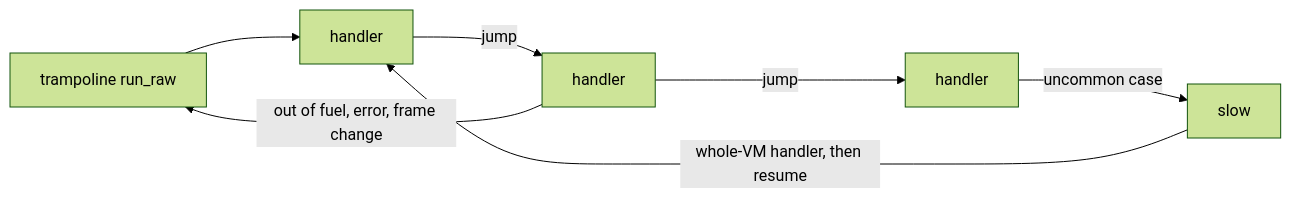
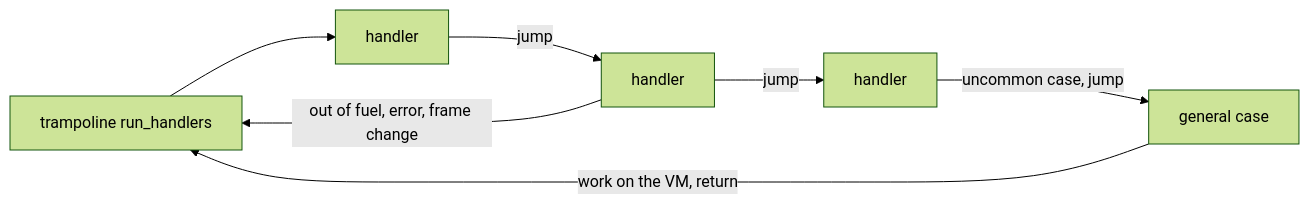
The diagram in docs/adr/0015-interpreter-handlers.md (orbitscript-lang/OrbitScript), drawn with Mermaid (forest theme) before and after one commit. The commit also changed other lines of this file and 26 other files, not shown here.

````diff
--- a/docs/adr/0015-interpreter-handlers.md
+++ b/docs/adr/0015-interpreter-handlers.md
@@ -22,9 +23,9 @@
 ```mermaid
 flowchart LR
-    T[trampoline run_raw] --> Q1[handler]
+    T[trampoline run_handlers] --> Q1[handler]
     Q1 -->|jump| Q2[handler]
     Q2 -->|jump| Q3[handler]
-    Q3 -->|uncommon case| S[slow]
-    S -->|whole-VM handler, then resume| Q1
+    Q3 -->|uncommon case, jump| G[general case]
+    G -->|work on the VM, return| T
     Q2 -->|out of fuel, error, frame change| T
 ```
````
